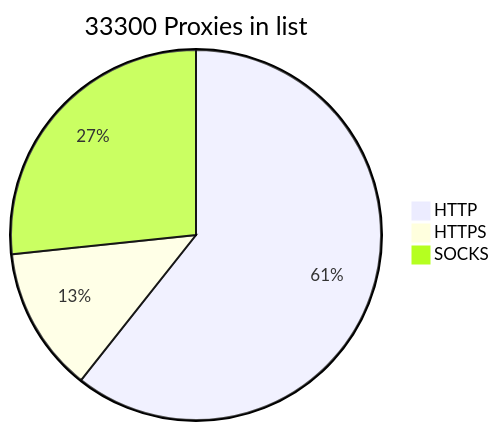
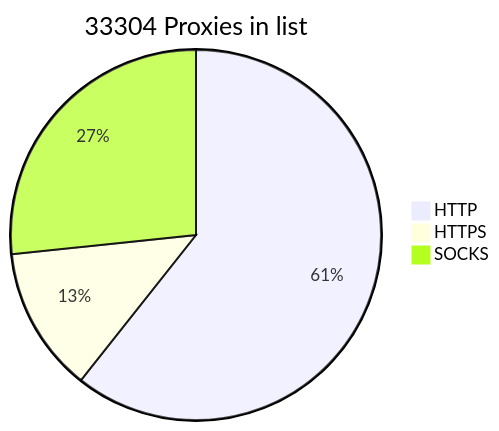
One commit to BlackSnowDot/proxylist-update-every-minute changed the diagram in README.md. Above: the diagram before and after it, drawn with Mermaid.

````diff
--- a/README.md
+++ b/README.md
@@ -2,6 +2,6 @@
 ```mermaid
-pie title 33300 Proxies in list
-    "HTTP" : 22353
-    "HTTPS": 4671
+pie title 33304 Proxies in list
+    "HTTP" : 22359
+    "HTTPS": 4673
     "SOCKS" : 9826
 ```
````
